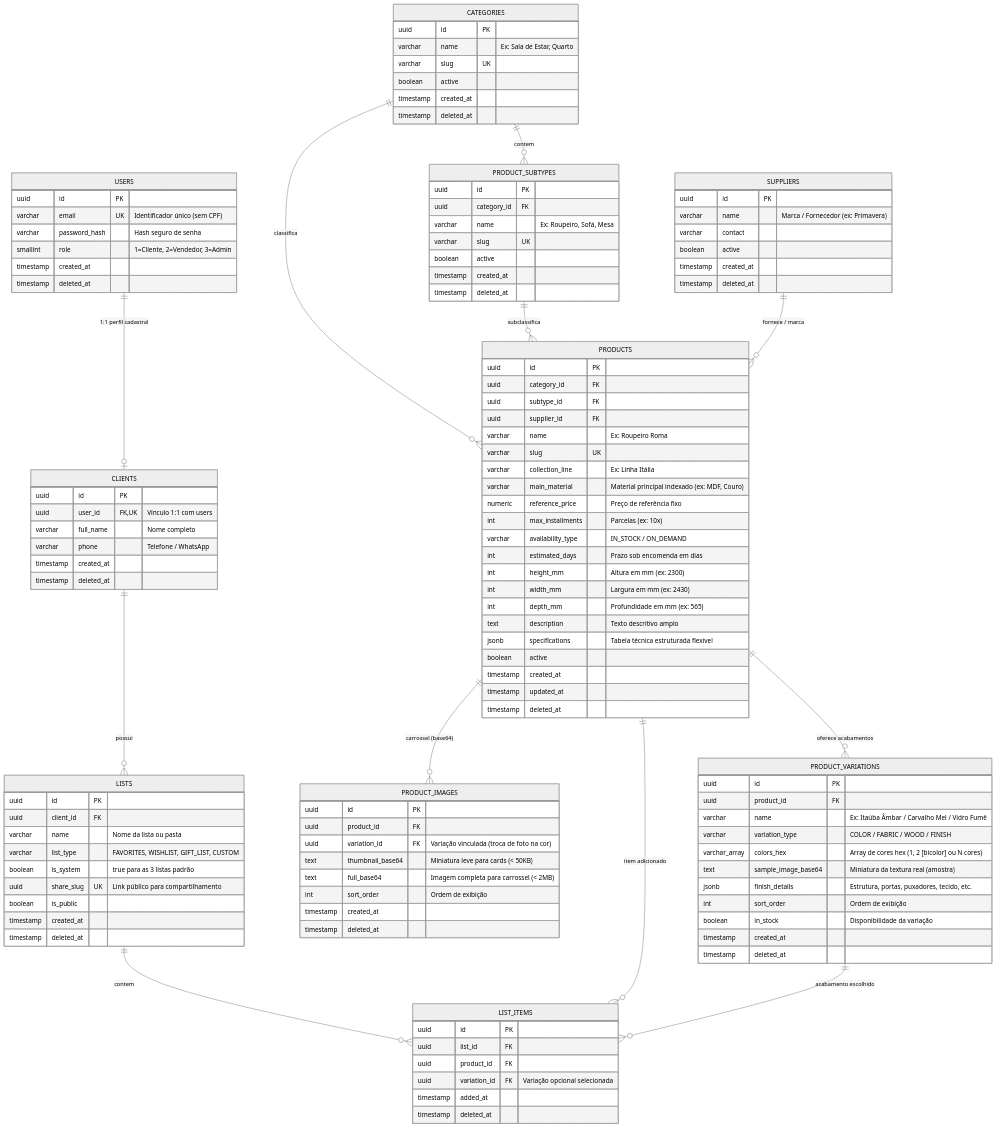
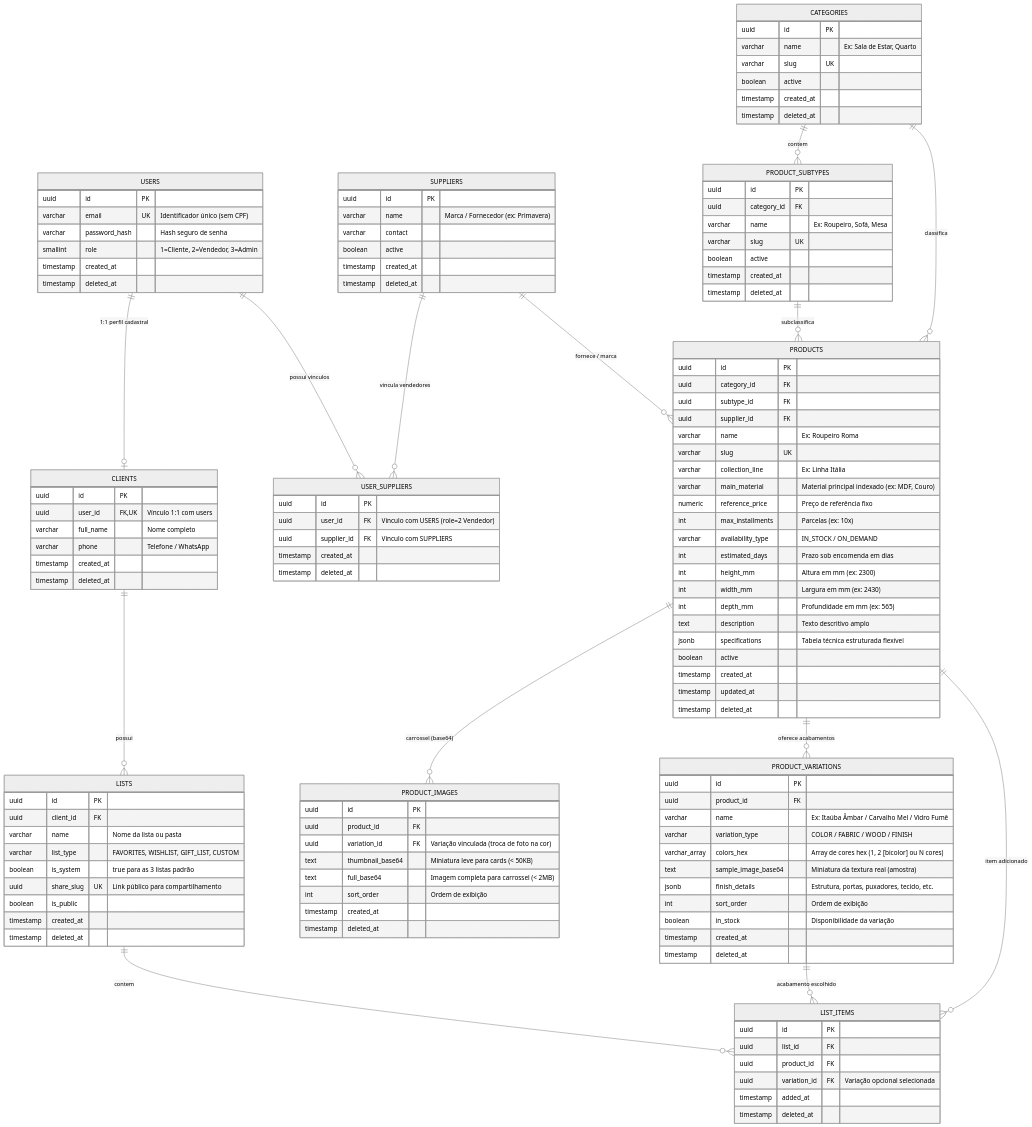
One commit to Joao-Camilo-Mallmann/site-emporio-henz changed the diagram in docs/PRD.md. Above: the diagram before and after it, drawn with Mermaid (neutral theme). The commit also changed other lines of this file and 1 other file, not shown here.

First line of the commit message:
feat(database): add user_suppliers table for N:N relationship between users and suppliers

````diff
--- a/docs/PRD.md
+++ b/docs/PRD.md
@@ -249,6 +320,8 @@
 ```mermaid
 erDiagram
     USERS ||--o| CLIENTS : "1:1 perfil cadastral"
+    USERS ||--o{ USER_SUPPLIERS : "possui vinculos"
+    SUPPLIERS ||--o{ USER_SUPPLIERS : "vincula vendedores"
     CLIENTS ||--o{ LISTS : "possui"
     CATEGORIES ||--o{ PRODUCT_SUBTYPES : "contem"
     CATEGORIES ||--o{ PRODUCTS : "classifica"
@@ -265,6 +338,14 @@
         varchar email UK "Identificador único (sem CPF)"
         varchar password_hash "Hash seguro de senha"
         smallint role "1=Cliente, 2=Vendedor, 3=Admin"
+        timestamp created_at
+        timestamp deleted_at
+    }
+
+    USER_SUPPLIERS {
+        uuid id PK
+        uuid user_id FK "Vínculo com USERS (role=2 Vendedor)"
+        uuid supplier_id FK "Vínculo com SUPPLIERS"
         timestamp created_at
         timestamp deleted_at
     }
````
